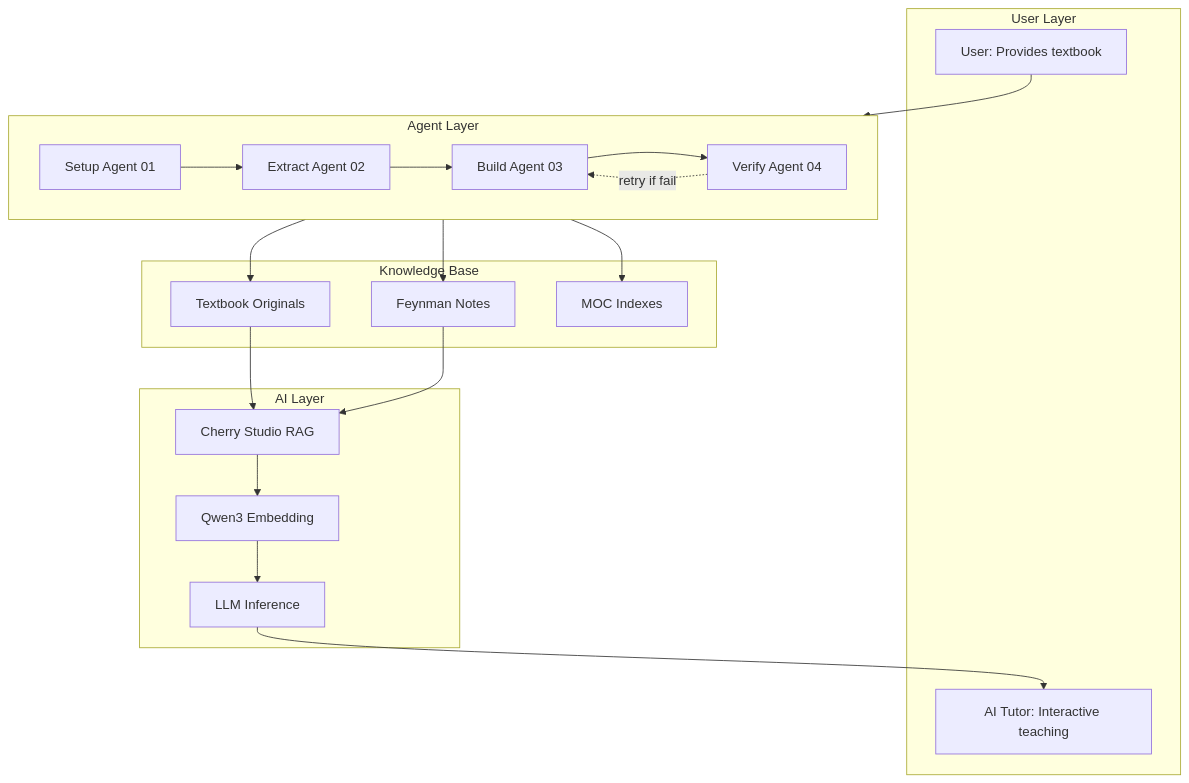
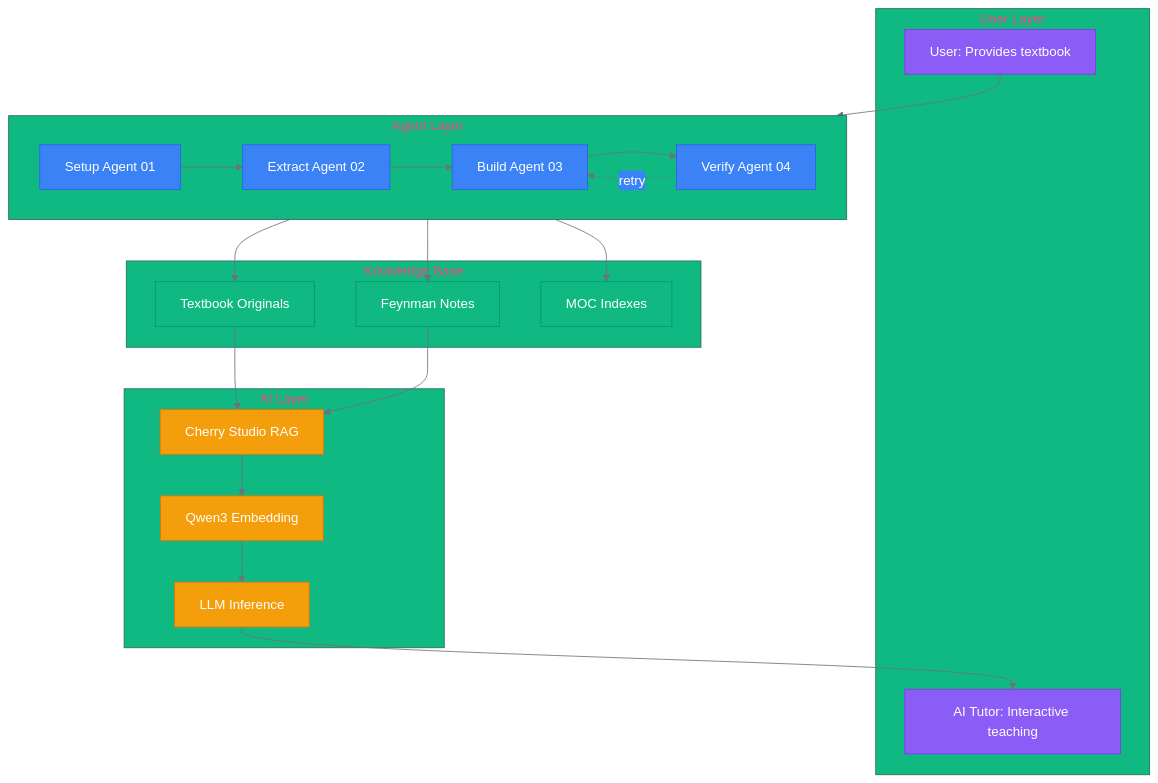
One commit to 3229218431/FeynFlow changed the tenth of 10 diagrams in README.md. Above: the diagram before and after it, drawn with Mermaid. The commit also changed other lines of this file, not shown here.

Commit message:
All 7 Mermaid charts now have proper %%{init} themeVariables + classDef colors. Dark-mode-safe saturated colors with white text. sequenceDiagram, gantt, stateDiagram all styled.

````diff
--- a/README.md
+++ b/README.md
@@ -427,31 +446,37 @@
 ```mermaid
+%%{init: {'theme':'base','themeVariables': {'primaryColor': '#8B5CF6','primaryTextColor':'#fff','secondaryColor': '#3B82F6','tertiaryColor': '#10B981','lineColor':'#6B7280'}}}%%
 flowchart TB
     subgraph User[User Layer]
-        U1[User: Provides textbook]
-        U2[AI Tutor: Interactive teaching]
+        U1[User: Provides textbook]:::user
+        U2[AI Tutor: Interactive teaching]:::user
     end
     subgraph Agent[Agent Layer]
         direction LR
-        A1[Setup Agent 01] --> A2[Extract Agent 02]
-        A2 --> A3[Build Agent 03]
-        A3 --> A4[Verify Agent 04]
-        A4 -.->|retry if fail| A3
+        A1[Setup Agent 01]:::agent --> A2[Extract Agent 02]:::agent
+        A2 --> A3[Build Agent 03]:::agent
+        A3 --> A4[Verify Agent 04]:::agent
+        A4 -.->|retry| A3
     end
     subgraph Storage[Knowledge Base]
-        S1[Textbook Originals]
-        S2[Feynman Notes]
-        S3[MOC Indexes]
+        S1[Textbook Originals]:::store
+        S2[Feynman Notes]:::store
+        S3[MOC Indexes]:::store
     end
     subgraph AI[AI Layer]
-        D1[Cherry Studio RAG] --> D2[Qwen3 Embedding]
-        D2 --> D3[LLM Inference]
+        D1[Cherry Studio RAG]:::ai --> D2[Qwen3 Embedding]:::ai
+        D2 --> D3[LLM Inference]:::ai
     end
     
     U1 --> A1
     A2 --> S1
     A3 --> S2
     A3 --> S3
     S1 --> D1
     S2 --> D1
     D3 --> U2
+    
+    classDef user fill:#8B5CF6,stroke:#7C3AED,color:#fff
+    classDef agent fill:#3B82F6,stroke:#2563EB,color:#fff
+    classDef store fill:#10B981,stroke:#059669,color:#fff
+    classDef ai fill:#F59E0B,stroke:#D97706,color:#fff
 ```
````
